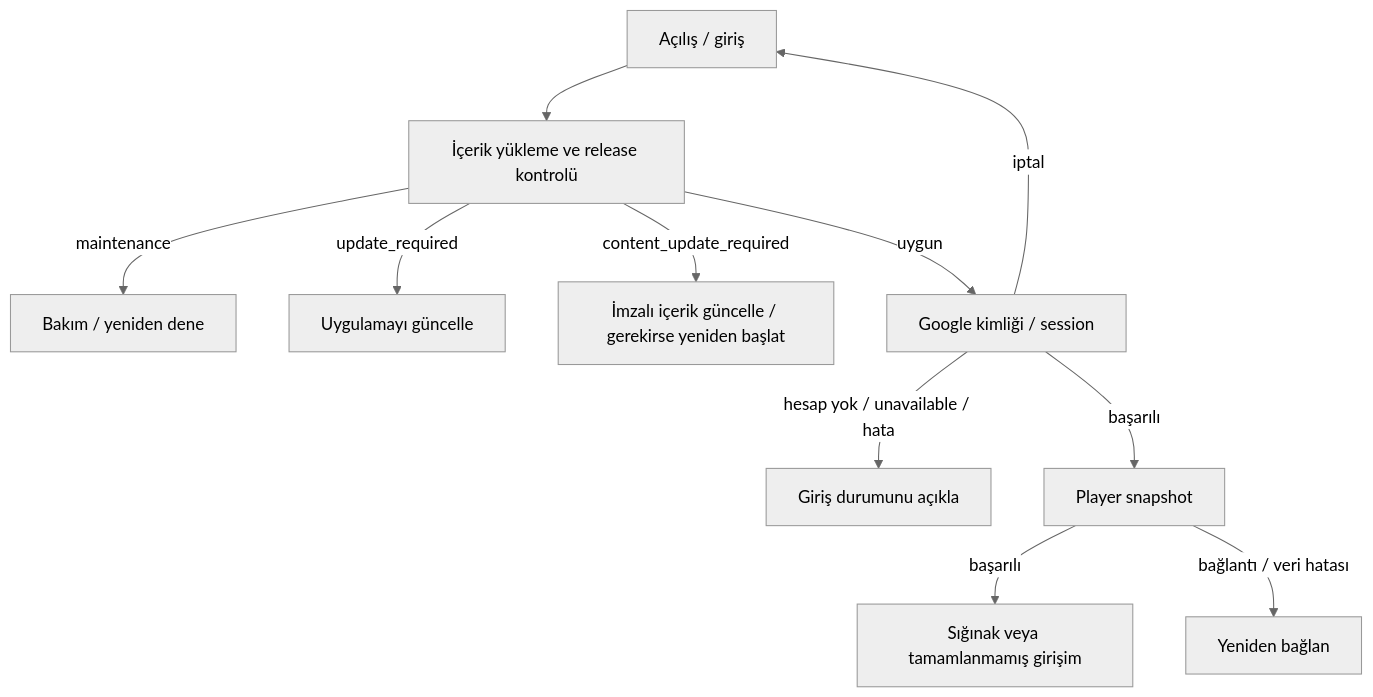
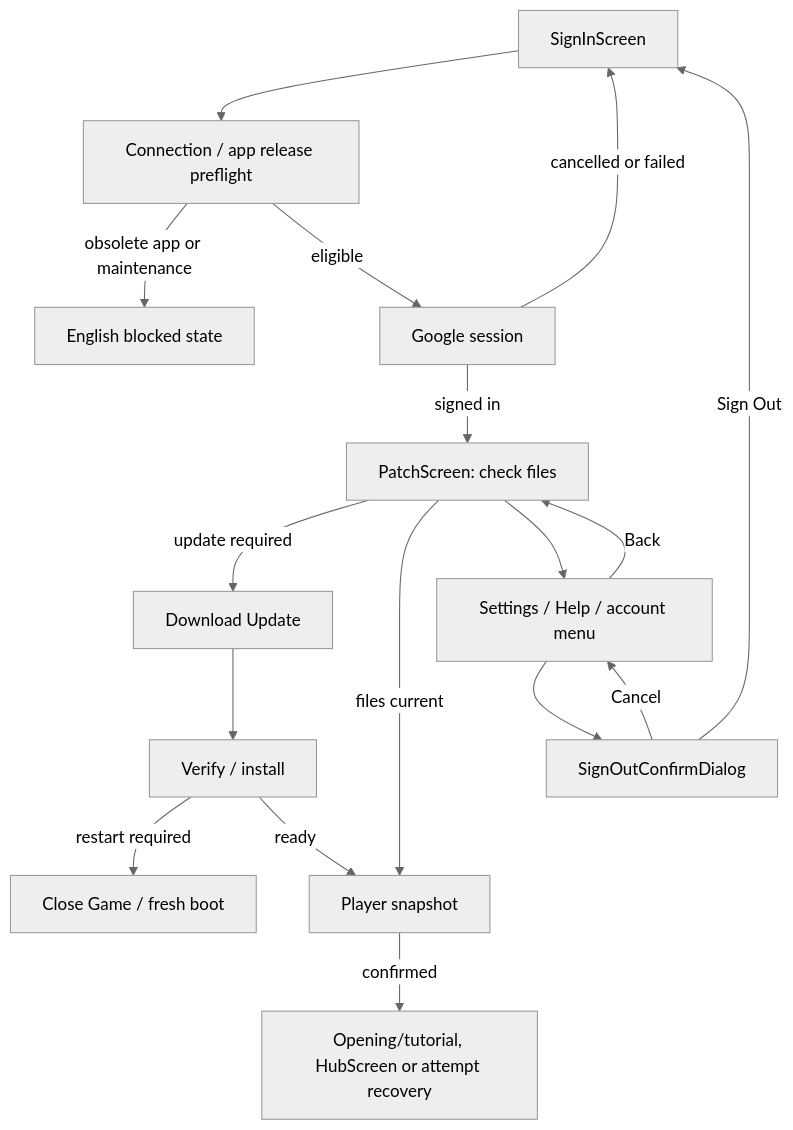
One commit to mucaeksi/unaware-of-my-demise changed the diagram in narrative/ui/ENTRY_SCREEN.md. Above: the diagram before and after it, drawn with Mermaid (neutral theme). The commit also changed other lines of this file and 58 other files, not shown here.

Commit message:
docs(ui): add English pre-patch utility screens and Godot handoff [skip ci]

````diff
--- a/narrative/ui/ENTRY_SCREEN.md
+++ b/narrative/ui/ENTRY_SCREEN.md
@@ -13,13 +22,19 @@
 ```mermaid
 flowchart TD
-  T[Açılış / giriş] --> L[İçerik yükleme ve release kontrolü]
-  L -->|maintenance| M[Bakım / yeniden dene]
-  L -->|update_required| U[Uygulamayı güncelle]
-  L -->|content_update_required| P[İmzalı içerik güncelle / gerekirse yeniden başlat]
-  L -->|uygun| G[Google kimliği / session]
-  G -->|iptal| T
-  G -->|hesap yok / unavailable / hata| E[Giriş durumunu açıkla]
-  G -->|başarılı| S[Player snapshot]
-  S -->|başarılı| H[Sığınak veya tamamlanmamış girişim]
-  S -->|bağlantı / veri hatası| R[Yeniden bağlan]
+  A[SignInScreen] --> B[Connection / app release preflight]
+  B -->|obsolete app or maintenance| E[English blocked state]
+  B -->|eligible| G[Google session]
+  G -->|cancelled or failed| A
+  G -->|signed in| P[PatchScreen: check files]
+  P -->|update required| D[Download Update]
+  D --> V[Verify / install]
+  V -->|restart required| R[Close Game / fresh boot]
+  V -->|ready| S[Player snapshot]
+  P -->|files current| S
+  S -->|confirmed| H[Opening/tutorial, HubScreen or attempt recovery]
+  P --> U[Settings / Help / account menu]
+  U -->|Back| P
+  U --> C[SignOutConfirmDialog]
+  C -->|Cancel| U
+  C -->|Sign Out| A
 ```
````
